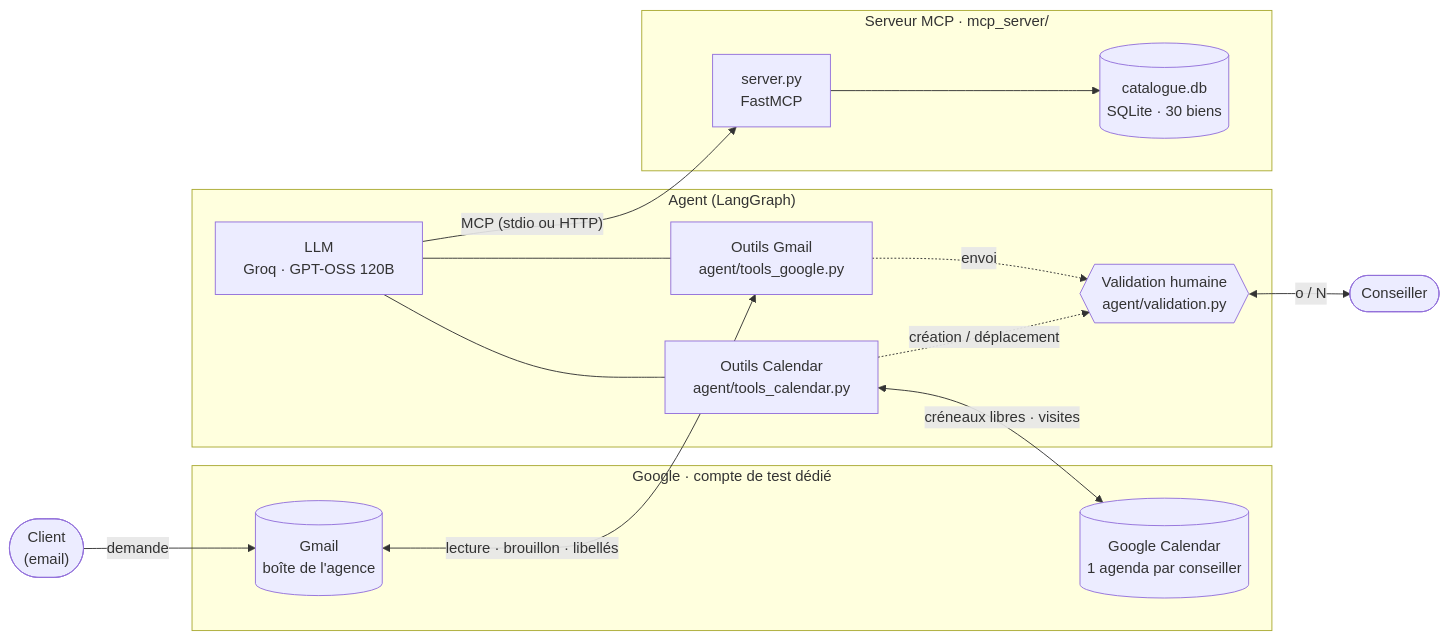
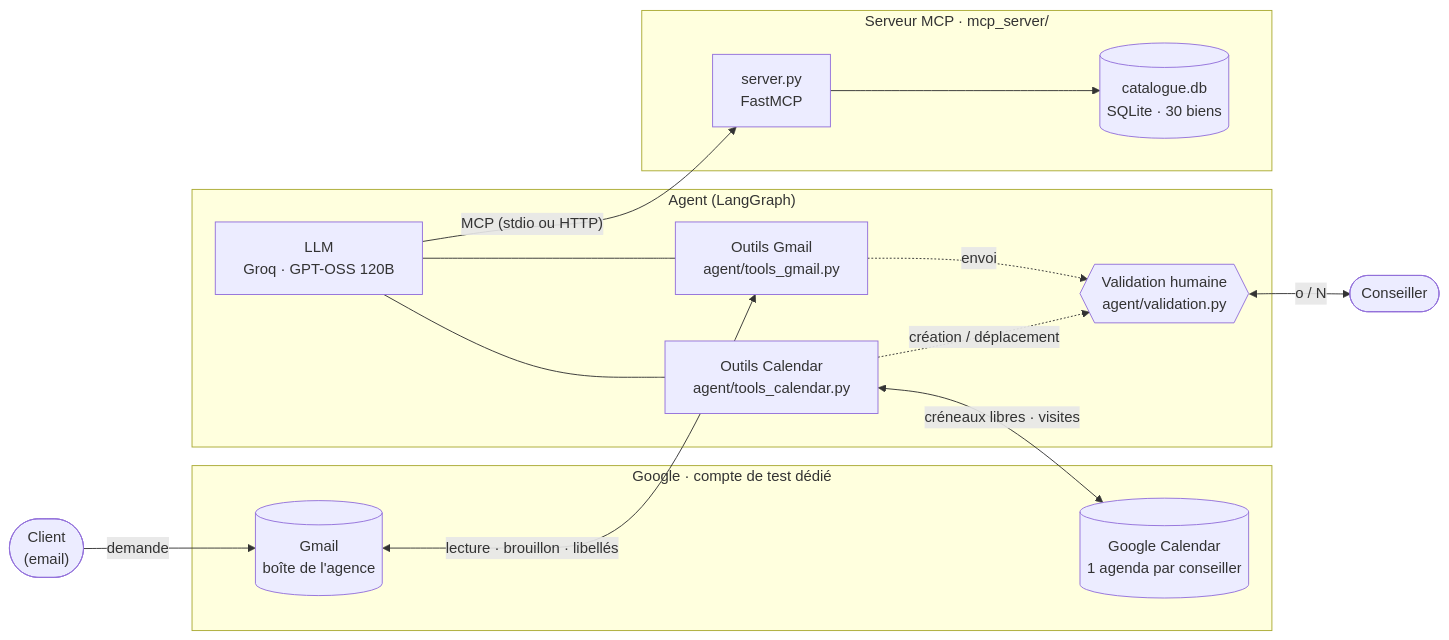
Before and after one commit to khadijagueye235/sama-ker-agent: the first of 7 diagrams in README.md, drawn with Mermaid. The commit also changed other lines of this file, not shown here.

Commit message:
README : section Gmail à jour (tools_gmail.py, démo) et structure du dépôt

````diff
--- a/README.md
+++ b/README.md
@@ -77,33 +77,33 @@
 ```mermaid
 flowchart LR
     client(["Client<br/>(email)"])
 
     subgraph google["Google · compte de test dédié"]
         gmail[("Gmail<br/>boîte de l'agence")]
         cal[("Google Calendar<br/>1 agenda par conseiller")]
     end
 
     subgraph agent["Agent (LangGraph)"]
         llm["LLM<br/>Groq · GPT-OSS 120B"]
-        tg["Outils Gmail<br/>agent/tools_google.py"]
+        tg["Outils Gmail<br/>agent/tools_gmail.py"]
         tc["Outils Calendar<br/>agent/tools_calendar.py"]
         val{{"Validation humaine<br/>agent/validation.py"}}
     end
 
     subgraph mcp["Serveur MCP · mcp_server/"]
         srv["server.py<br/>FastMCP"]
         db[("catalogue.db<br/>SQLite · 30 biens")]
     end
 
     conseiller(["Conseiller"])
 
     client -- "demande" --> gmail
     gmail <-- "lecture · brouillon · libellés" --> tg
     tc <-- "créneaux libres · visites" --> cal
     llm --- tg & tc
     llm -- "MCP (stdio ou HTTP)" --> srv
     srv --> db
     tg -. "envoi" .-> val
     tc -. "création / déplacement" .-> val
     val <-- "o / N" --> conseiller
 ```
````
